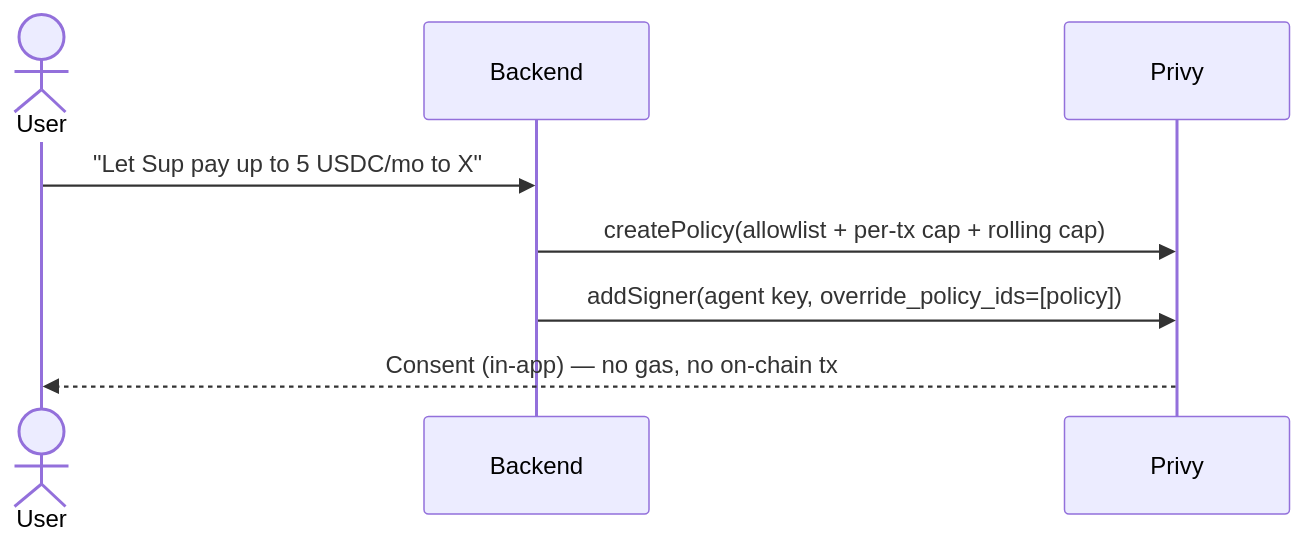
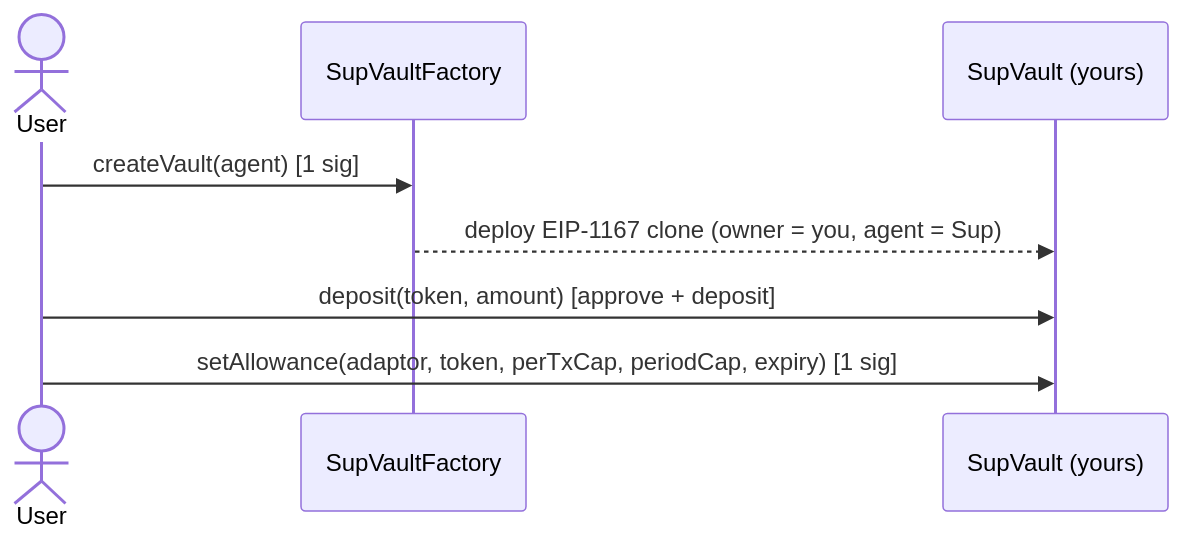
Before and after one commit to Sup-Wallet/supwallet-evm-universal: the third of 6 diagrams in docs/ARCHITECTURE.md, drawn with Mermaid. The commit also changed other lines of this file and 1 other file, not shown here.

First line of the commit message:
Update architecture to the shipped SupVault + adaptor model

````diff
--- a/docs/ARCHITECTURE.md
+++ b/docs/ARCHITECTURE.md
@@ -57,10 +76,10 @@
 ```mermaid
 sequenceDiagram
     actor U as User
-    participant B as Backend
-    participant P as Privy
-    U->>B: "Let Sup pay up to 5 USDC/mo to X"
-    B->>P: createPolicy(allowlist + per-tx cap + rolling cap)
-    B->>P: addSigner(agent key, override_policy_ids=[policy])
-    P-->>U: Consent (in-app) — no gas, no on-chain tx
+    participant F as SupVaultFactory
+    participant V as SupVault (yours)
+    U->>F: createVault(agent)  [1 sig]
+    F-->>V: deploy EIP-1167 clone (owner = you, agent = Sup)
+    U->>V: deposit(token, amount)  [approve + deposit]
+    U->>V: setAllowance(adaptor, token, perTxCap, periodCap, expiry)  [1 sig]
 ```
````
